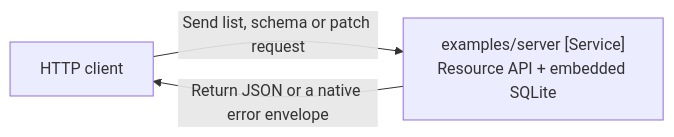
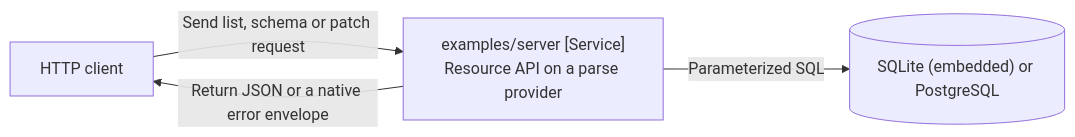
The first of 2 diagrams in parse/examples/server/README.md (ashtonian/pkg), drawn with Mermaid before and after one commit. The commit also changed other lines of this file and 246 other files, not shown here.

````diff
--- a/parse/examples/server/README.md
+++ b/parse/examples/server/README.md
@@ -7,5 +7,6 @@
 ```mermaid
 flowchart LR
-    client["HTTP client"] -->|"Send list, schema or patch request"| server["examples/server [Service]<br/>Resource API + embedded SQLite"]
+    client["HTTP client"] -->|"Send list, schema or patch request"| server["examples/server [Service]<br/>Resource API on a parse provider"]
     server -->|"Return JSON or a native error envelope"| client
+    server -->|"Parameterized SQL"| db[("SQLite (embedded) or PostgreSQL")]
 ```
````
